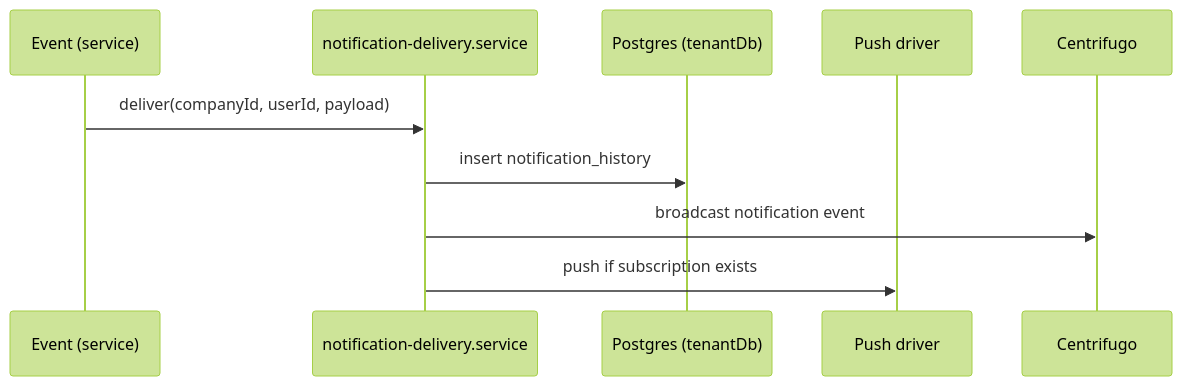
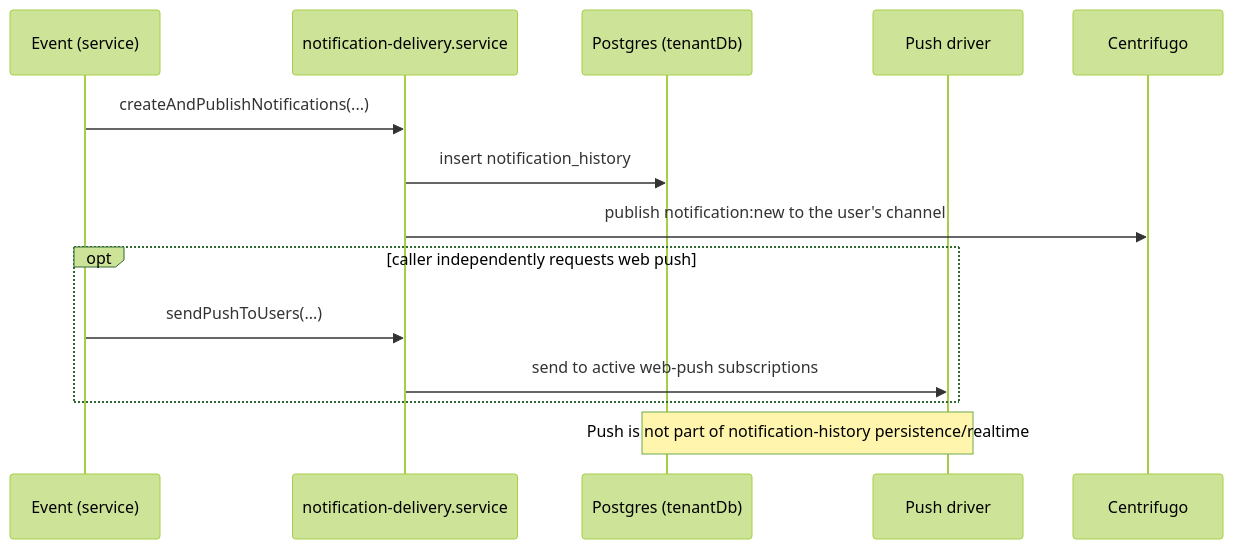
The diagram in docs/apis/notifications.md (ygncode/wateaminbox), drawn with Mermaid (forest theme) before and after one commit. The commit also changed other lines of this file and 27 other files, not shown here.

````diff
--- a/docs/apis/notifications.md
+++ b/docs/apis/notifications.md
@@ -33,12 +33,16 @@
 ```mermaid
 sequenceDiagram
     participant E as Event (service)
     participant S as notification-delivery.service
     participant D as Postgres (tenantDb)
     participant P as Push driver
     participant R as Centrifugo
-    E->>S: deliver(companyId, userId, payload)
+    E->>S: createAndPublishNotifications(...)
     S->>D: insert notification_history
-    S->>R: broadcast notification event
-    S->>P: push if subscription exists
+    S->>R: publish notification:new to the user's channel
+    opt caller independently requests web push
+        E->>S: sendPushToUsers(...)
+        S->>P: send to active web-push subscriptions
+    end
+    Note over D,P: Push is not part of notification-history persistence/realtime
 ```
````
